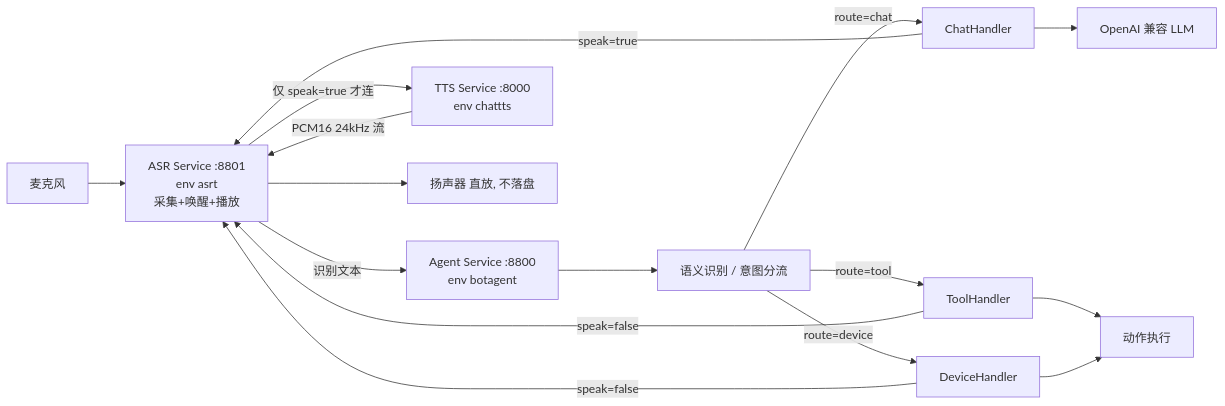
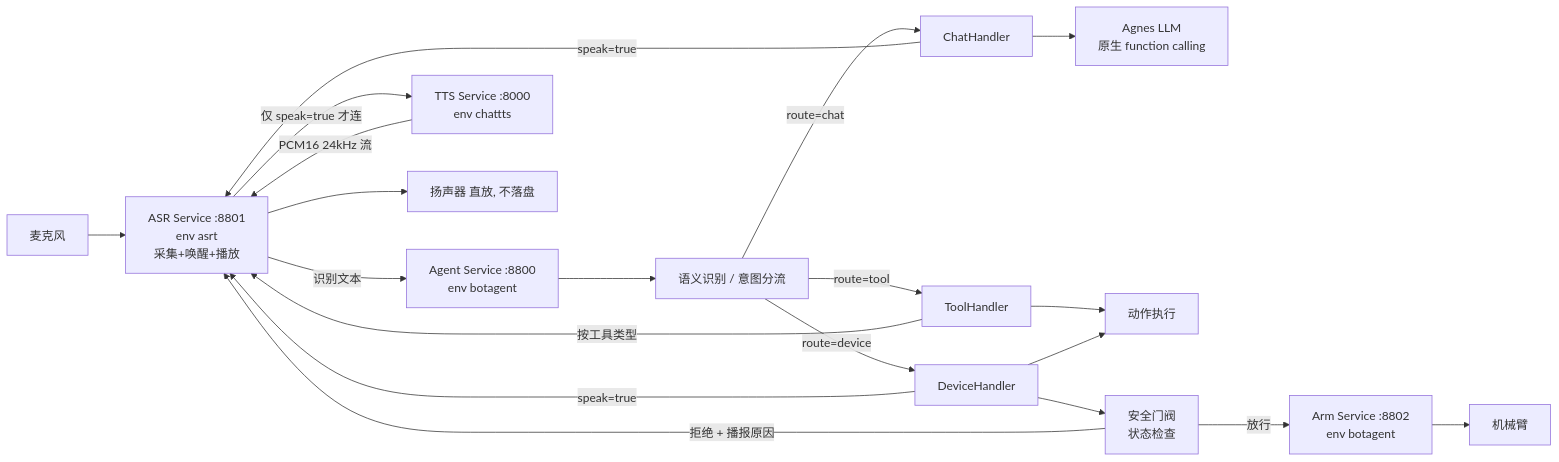
The diagram in docs/architecture.md (whaledreamg/BotAgent), drawn with Mermaid before and after one commit. The commit also changed other lines of this file and 22 other files, not shown here.

````diff
--- a/docs/architecture.md
+++ b/docs/architecture.md
@@ -5,18 +5,22 @@
 ```mermaid
 flowchart LR
     Mic[麦克风] --> ASRSvc["ASR Service :8801<br/>env asrt<br/>采集+唤醒+播放"]
     ASRSvc -->|"识别文本"| Agent["Agent Service :8800<br/>env botagent"]
     Agent --> Sem["语义识别 / 意图分流"]
     Sem -->|"route=chat"| Chat[ChatHandler]
     Sem -->|"route=tool"| Tool[ToolHandler]
     Sem -->|"route=device"| Dev[DeviceHandler]
-    Chat --> LLM[OpenAI 兼容 LLM]
+    Chat --> LLM[Agnes LLM<br/>原生 function calling]
     Tool --> Exec[动作执行]
     Dev --> Exec
     Chat -->|"speak=true"| ASRSvc
-    Tool -->|"speak=false"| ASRSvc
-    Dev -->|"speak=false"| ASRSvc
+    Tool -->|"按工具类型"| ASRSvc
+    Dev -->|"speak=true"| ASRSvc
     ASRSvc -->|"仅 speak=true 才连"| TTSSvc["TTS Service :8000<br/>env chattts"]
     TTSSvc -->|"PCM16 24kHz 流"| ASRSvc
     ASRSvc --> Spk[扬声器 直放, 不落盘]
+    Dev --> Gate["安全门阀<br/>状态检查"]
+    Gate -->|"放行"| ArmSvc["Arm Service :8802<br/>env botagent"]
+    ArmSvc --> Arm[机械臂]
+    Gate -->|"拒绝 + 播报原因"| ASRSvc
 ```
````
